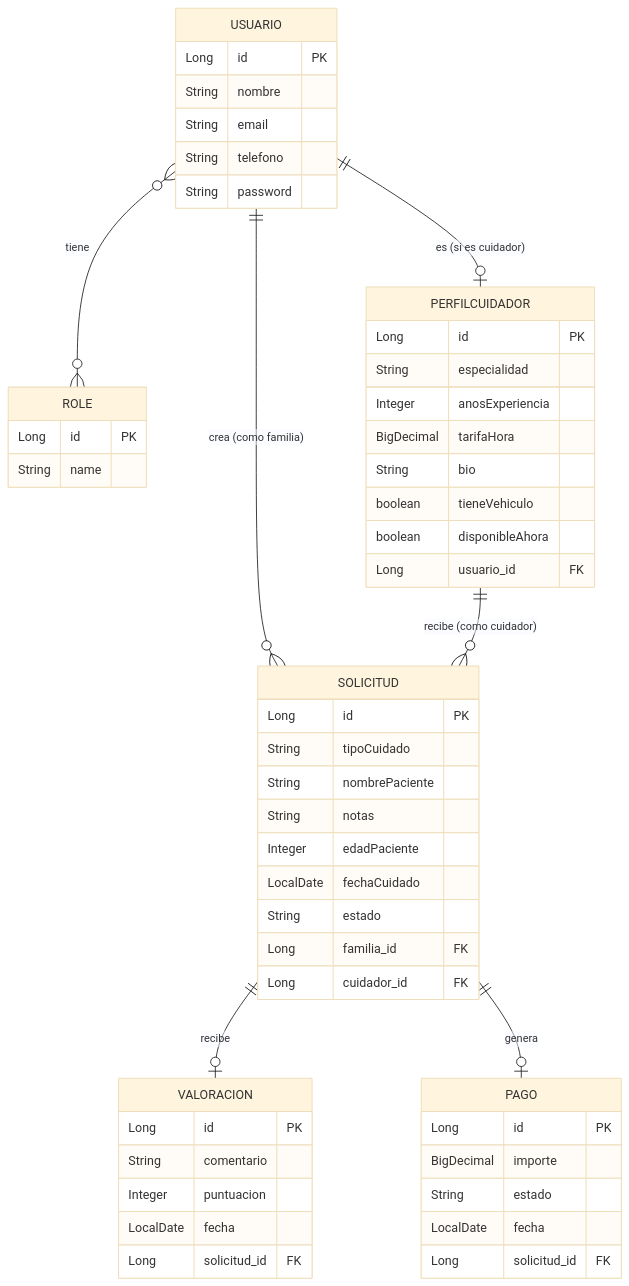
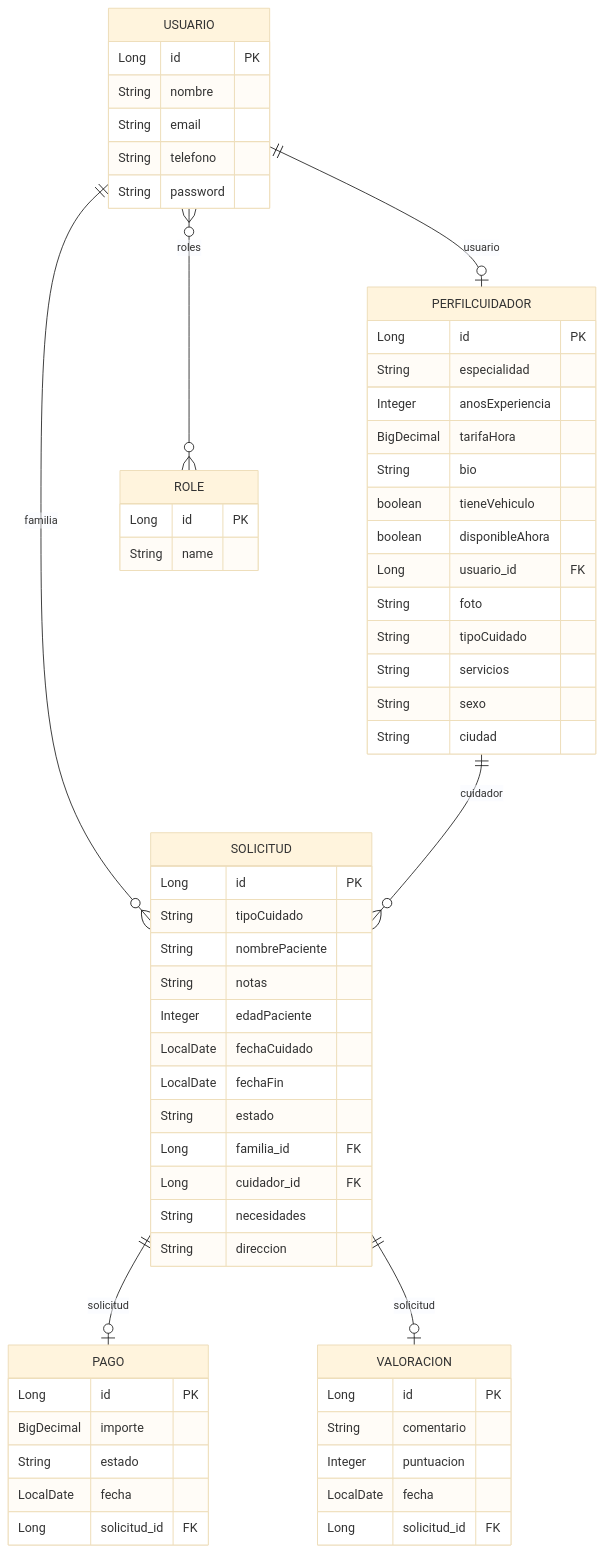
Before and after one commit to AndreaVaGo/acompaname-frontend: the third of 4 diagrams in README.md, drawn with Mermaid (base theme). The commit also changed other lines of this file, not shown here.

Commit message:
docs: update the ER and class diagrams with the current entities

````diff
--- a/README.md
+++ b/README.md
@@ -370,56 +370,64 @@
 ```mermaid
 erDiagram
-    USUARIO }o--o{ ROLE : tiene
-    USUARIO ||--o| PERFILCUIDADOR : "es (si es cuidador)"
-    USUARIO ||--o{ SOLICITUD : "crea (como familia)"
-    PERFILCUIDADOR ||--o{ SOLICITUD : "recibe (como cuidador)"
-    SOLICITUD ||--o| VALORACION : "recibe"
-    SOLICITUD ||--o| PAGO : "genera"
+    SOLICITUD ||--o| PAGO : solicitud
+    USUARIO ||--o| PERFILCUIDADOR : usuario
+    USUARIO ||--o{ SOLICITUD : familia
+    PERFILCUIDADOR ||--o{ SOLICITUD : cuidador
+    USUARIO }o--o{ ROLE : roles
+    SOLICITUD ||--o| VALORACION : solicitud
 
-    USUARIO {
+    PAGO {
         Long id PK
-        String nombre
-        String email
-        String telefono
-        String password
-    }
-    ROLE {
-        Long id PK
-        String name
+        BigDecimal importe
+        String estado
+        LocalDate fecha
+        Long solicitud_id FK
     }
     PERFILCUIDADOR {
         Long id PK
         String especialidad
         Integer anosExperiencia
         BigDecimal tarifaHora
         String bio
         boolean tieneVehiculo
         boolean disponibleAhora
         Long usuario_id FK
+        String foto
+        String tipoCuidado
+        String servicios
+        String sexo
+        String ciudad
+    }
+    ROLE {
+        Long id PK
+        String name
     }
     SOLICITUD {
         Long id PK
         String tipoCuidado
         String nombrePaciente
         String notas
         Integer edadPaciente
         LocalDate fechaCuidado
+        LocalDate fechaFin
         String estado
         Long familia_id FK
         Long cuidador_id FK
+        String necesidades
+        String direccion
+    }
+    USUARIO {
+        Long id PK
+        String nombre
+        String email
+        String telefono
+        String password
     }
     VALORACION {
         Long id PK
         String comentario
         Integer puntuacion
         LocalDate fecha
         Long solicitud_id FK
     }
-    PAGO {
-        Long id PK
-        BigDecimal importe
-        String estado
-        LocalDate fecha
-        Long solicitud_id FK
-    }
 ```
````
